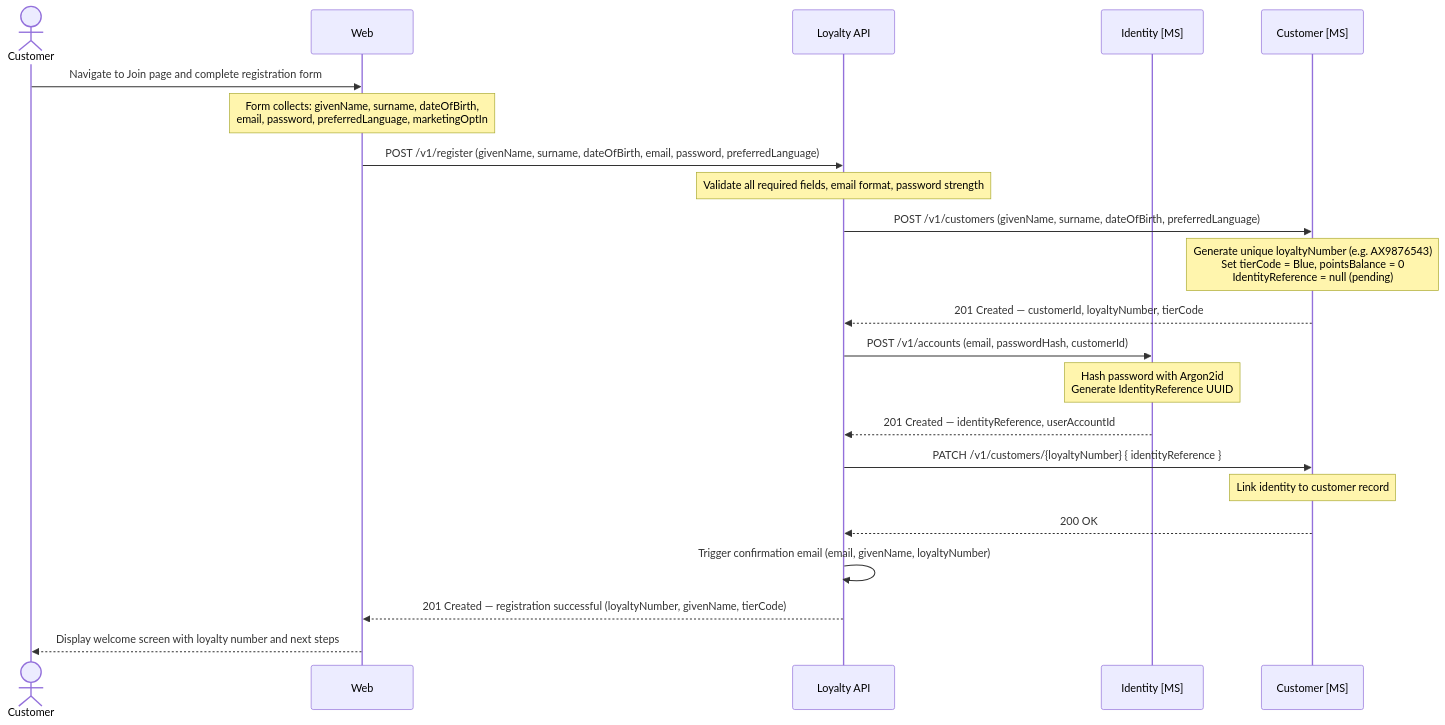
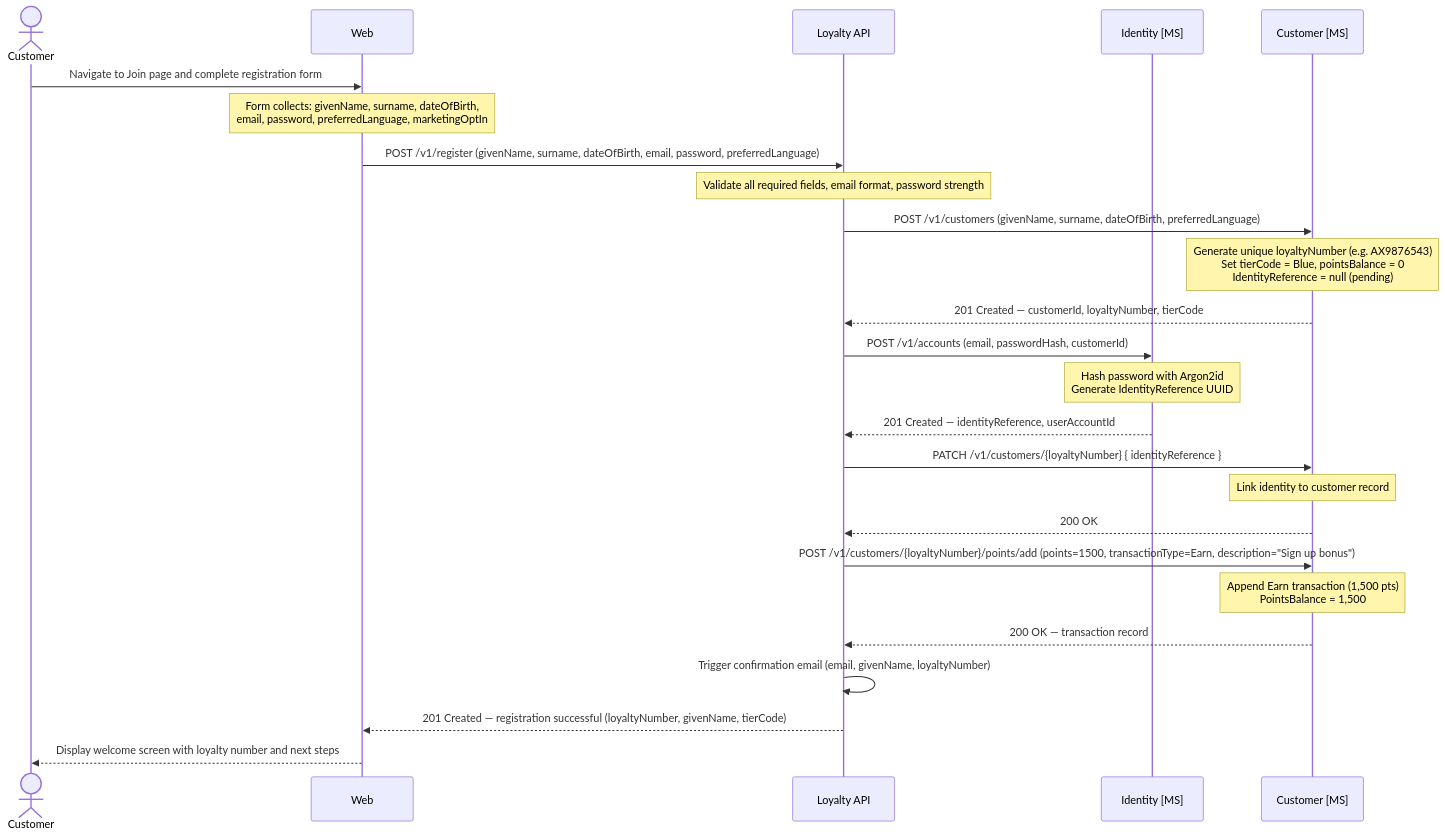
One commit to sebharvey/airline-reservation-system changed the first of 6 diagrams in documentation/design/customer.md. Above: the diagram before and after it, drawn with Mermaid. The commit also changed 2 other files, not shown here.

Commit message:
Award 1,500 sign-up bonus points on new member registration
Adds an Earn transaction of 1,500 points immediately after the identity
link step in the registration flow, so every new loyalty member starts
with a sign-up bonus reflected in their points balance.

Changes:
- CustomerServiceClient: add AddPointsAsync method (POST .../points/add)
- RegisterHandler: call AddPointsAsync (step 4) before fetching the
  full customer record for the response
- documentation/design/customer.md: update registration sequence diagram
  to include the sign-up bonus step

https://claude.ai/code/session_01PM4Kz9zyFCUiqowpdaX5AM

````diff
--- a/documentation/design/customer.md
+++ b/documentation/design/customer.md
@@ -17,31 +17,35 @@
 ```mermaid
 sequenceDiagram
     actor Customer
     participant Web
     participant LoyaltyAPI as Loyalty API
     participant IdentityMS as Identity [MS]
     participant CustomerMS as Customer [MS]
 
     Customer->>Web: Navigate to Join page and complete registration form
     Note over Web: Form collects: givenName, surname, dateOfBirth,<br/>email, password, preferredLanguage, marketingOptIn
 
     Web->>LoyaltyAPI: POST /v1/register (givenName, surname, dateOfBirth, email, password, preferredLanguage)
     Note over LoyaltyAPI: Validate all required fields, email format, password strength
 
     LoyaltyAPI->>CustomerMS: POST /v1/customers (givenName, surname, dateOfBirth, preferredLanguage)
     Note over CustomerMS: Generate unique loyaltyNumber (e.g. AX9876543)<br/>Set tierCode = Blue, pointsBalance = 0<br/>IdentityReference = null (pending)
     CustomerMS-->>LoyaltyAPI: 201 Created — customerId, loyaltyNumber, tierCode
 
     LoyaltyAPI->>IdentityMS: POST /v1/accounts (email, passwordHash, customerId)
     Note over IdentityMS: Hash password with Argon2id<br/>Generate IdentityReference UUID
     IdentityMS-->>LoyaltyAPI: 201 Created — identityReference, userAccountId
 
     LoyaltyAPI->>CustomerMS: PATCH /v1/customers/{loyaltyNumber} { identityReference }
     Note over CustomerMS: Link identity to customer record
     CustomerMS-->>LoyaltyAPI: 200 OK
 
+    LoyaltyAPI->>CustomerMS: POST /v1/customers/{loyaltyNumber}/points/add (points=1500, transactionType=Earn, description="Sign up bonus")
+    Note over CustomerMS: Append Earn transaction (1,500 pts)<br/>PointsBalance = 1,500
+    CustomerMS-->>LoyaltyAPI: 200 OK — transaction record
+
     LoyaltyAPI->>LoyaltyAPI: Trigger confirmation email (email, givenName, loyaltyNumber)
 
     LoyaltyAPI-->>Web: 201 Created — registration successful (loyaltyNumber, givenName, tierCode)
     Web-->>Customer: Display welcome screen with loyalty number and next steps
 ```
````
